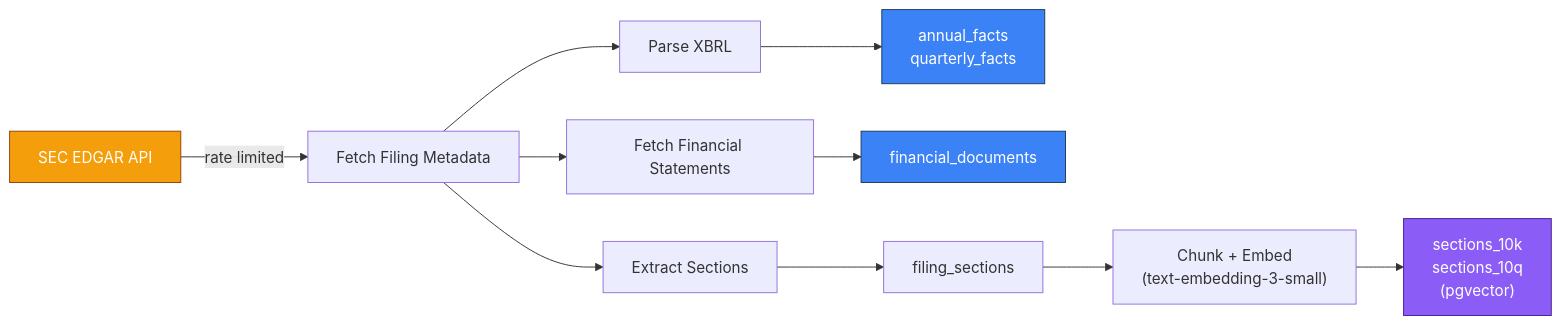
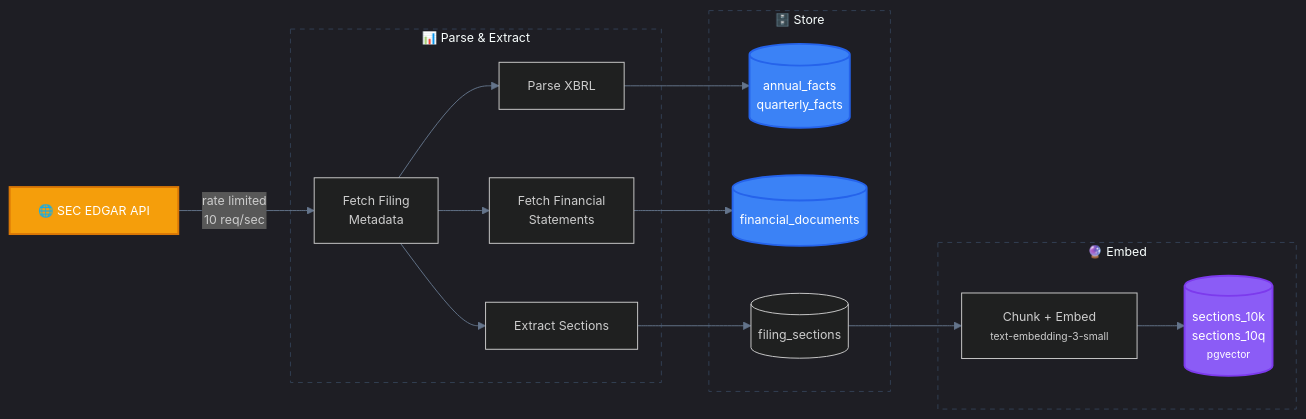
Before and after one commit to bhattaraisubal-eng/sec-intelligence-system: the second of 2 diagrams in README.md, drawn with Mermaid. The commit also changed other lines of this file and 3 other files, not shown here.

First line of the commit message:
Upgrade all Mermaid diagrams with dark theme, subgraphs, and consistent styling

````diff
--- a/README.md
+++ b/README.md
@@ -113,17 +137,34 @@
 ```mermaid
+%%{init: {'theme': 'dark', 'themeVariables': {'primaryColor': '#1e293b', 'primaryBorderColor': '#475569', 'lineColor': '#64748b', 'fontFamily': 'ui-monospace, monospace', 'fontSize': '13px'}}}%%
 graph LR
-    A["SEC EDGAR API"] -->|"rate limited"| B["Fetch Filing Metadata"]
-    B --> C["Parse XBRL"]
-    C --> D["annual_facts<br/>quarterly_facts"]
-    B --> E["Fetch Financial Statements"]
-    E --> F["financial_documents"]
-    B --> G["Extract Sections"]
-    G --> H["filing_sections"]
-    H --> I["Chunk + Embed<br/>(text-embedding-3-small)"]
-    I --> J["sections_10k<br/>sections_10q<br/>(pgvector)"]
+    A["🌐 SEC EDGAR API"] -->|"rate limited<br/>10 req/sec"| B["Fetch Filing<br/>Metadata"]
 
-    style A fill:#f59e0b,stroke:#92400e,color:#fff
-    style D fill:#3b82f6,stroke:#1e3a5f,color:#fff
-    style F fill:#3b82f6,stroke:#1e3a5f,color:#fff
-    style J fill:#8b5cf6,stroke:#4c1d95,color:#fff
+    subgraph parse ["📊 Parse & Extract"]
+        B --> C["Parse XBRL"]
+        B --> E["Fetch Financial<br/>Statements"]
+        B --> G["Extract Sections"]
+    end
+
+    subgraph store ["🗄️ Store"]
+        C --> D[("annual_facts<br/>quarterly_facts")]
+        E --> F[("financial_documents")]
+        G --> H[("filing_sections")]
+    end
+
+    subgraph embed ["🔮 Embed"]
+        H --> I["Chunk + Embed<br/><small>text-embedding-3-small</small>"]
+        I --> J[("sections_10k<br/>sections_10q<br/><small>pgvector</small>")]
+    end
+
+    classDef source fill:#f59e0b,stroke:#d97706,color:#fff,stroke-width:2px
+    classDef db fill:#3b82f6,stroke:#2563eb,color:#fff,stroke-width:2px
+    classDef vector fill:#8b5cf6,stroke:#7c3aed,color:#fff,stroke-width:2px
+
+    class A source
+    class D,F db
+    class J vector
+
+    style parse fill:transparent,stroke:#334155,stroke-width:1px,stroke-dasharray:5 5
+    style store fill:transparent,stroke:#334155,stroke-width:1px,stroke-dasharray:5 5
+    style embed fill:transparent,stroke:#334155,stroke-width:1px,stroke-dasharray:5 5
 ```
````
